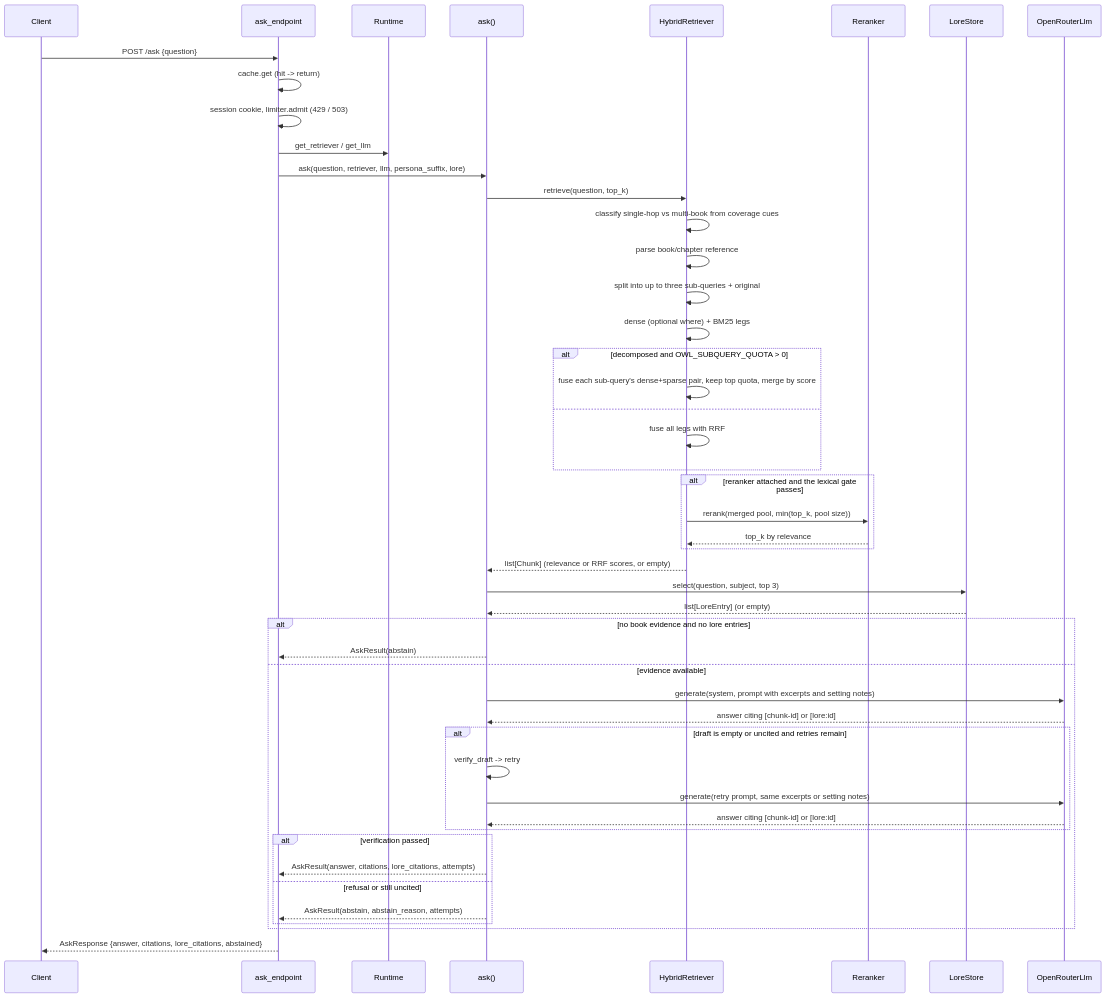
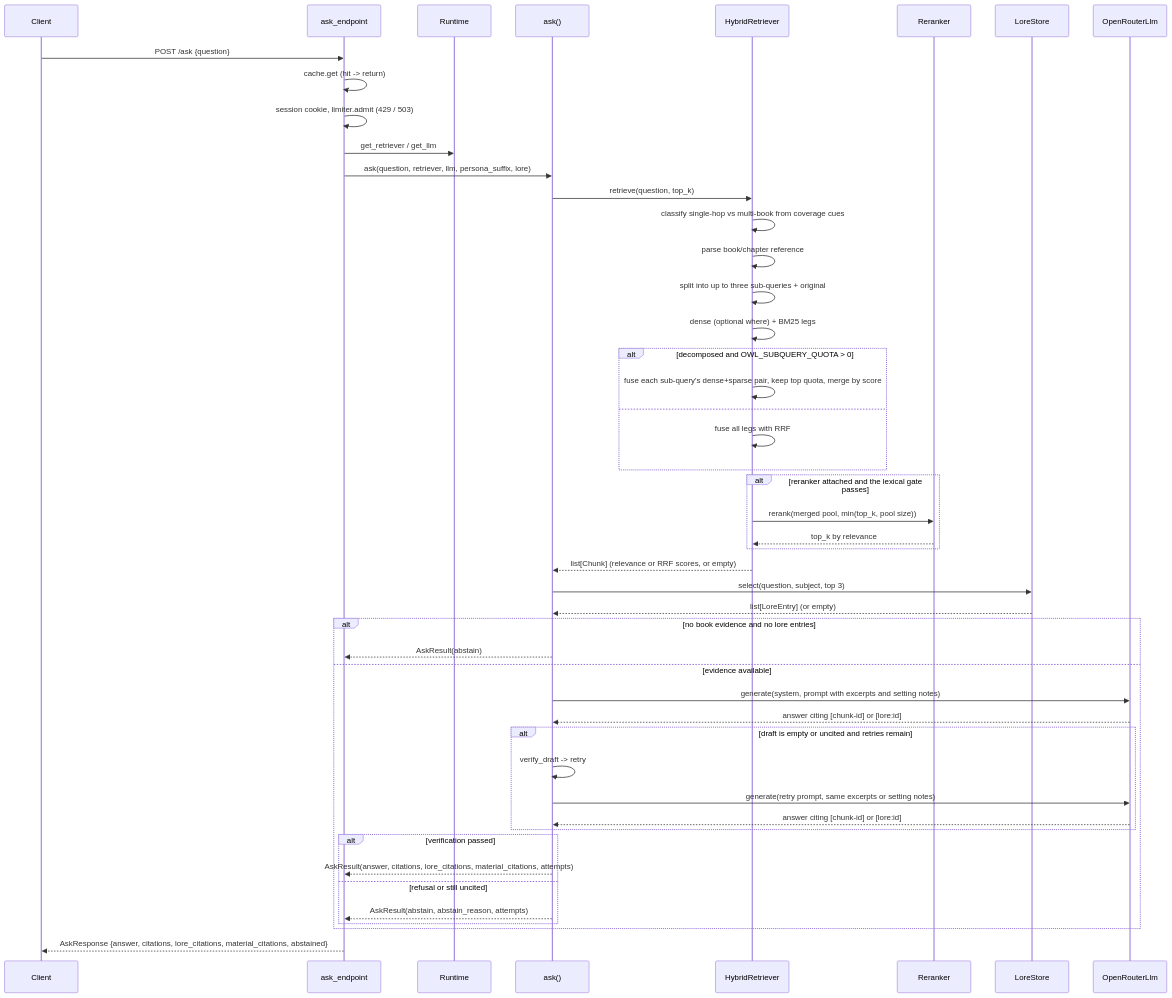
Before and after one commit to monitus2022/owl-online: the third of 6 diagrams in docs/architecture.md, drawn with Mermaid. The commit also changed other lines of this file and 9 other files, not shown here.

````diff
--- a/docs/architecture.md
+++ b/docs/architecture.md
@@ -240,51 +240,51 @@
 ```mermaid
 sequenceDiagram
   participant C as Client
   participant API as ask_endpoint
   participant R as Runtime
   participant A as ask()
   participant RET as HybridRetriever
   participant RR as Reranker
   participant L as LoreStore
   participant LLM as OpenRouterLlm
 
   C->>API: POST /ask {question}
   API->>API: cache.get (hit -> return)
   API->>API: session cookie, limiter.admit (429 / 503)
   API->>R: get_retriever / get_llm
   API->>A: ask(question, retriever, llm, persona_suffix, lore)
   A->>RET: retrieve(question, top_k)
   RET->>RET: classify single-hop vs multi-book from coverage cues
   RET->>RET: parse book/chapter reference
   RET->>RET: split into up to three sub-queries + original
   RET->>RET: dense (optional where) + BM25 legs
   alt decomposed and OWL_SUBQUERY_QUOTA > 0
     RET->>RET: fuse each sub-query's dense+sparse pair, keep top quota, merge by score
   else
     RET->>RET: fuse all legs with RRF
   end
   alt reranker attached and the lexical gate passes
     RET->>RR: rerank(merged pool, min(top_k, pool size))
     RR-->>RET: top_k by relevance
   end
   RET-->>A: list[Chunk] (relevance or RRF scores, or empty)
   A->>L: select(question, subject, top 3)
   L-->>A: list[LoreEntry] (or empty)
   alt no book evidence and no lore entries
     A-->>API: AskResult(abstain)
   else evidence available
     A->>LLM: generate(system, prompt with excerpts and setting notes)
     LLM-->>A: answer citing [chunk-id] or [lore:id]
     alt draft is empty or uncited and retries remain
       A->>A: verify_draft -> retry
       A->>LLM: generate(retry prompt, same excerpts or setting notes)
       LLM-->>A: answer citing [chunk-id] or [lore:id]
     end
     alt verification passed
-      A-->>API: AskResult(answer, citations, lore_citations, attempts)
+      A-->>API: AskResult(answer, citations, lore_citations, material_citations, attempts)
     else refusal or still uncited
       A-->>API: AskResult(abstain, abstain_reason, attempts)
     end
   end
-  API-->>C: AskResponse {answer, citations, lore_citations, abstained}
+  API-->>C: AskResponse {answer, citations, lore_citations, material_citations, abstained}
 ```
````
